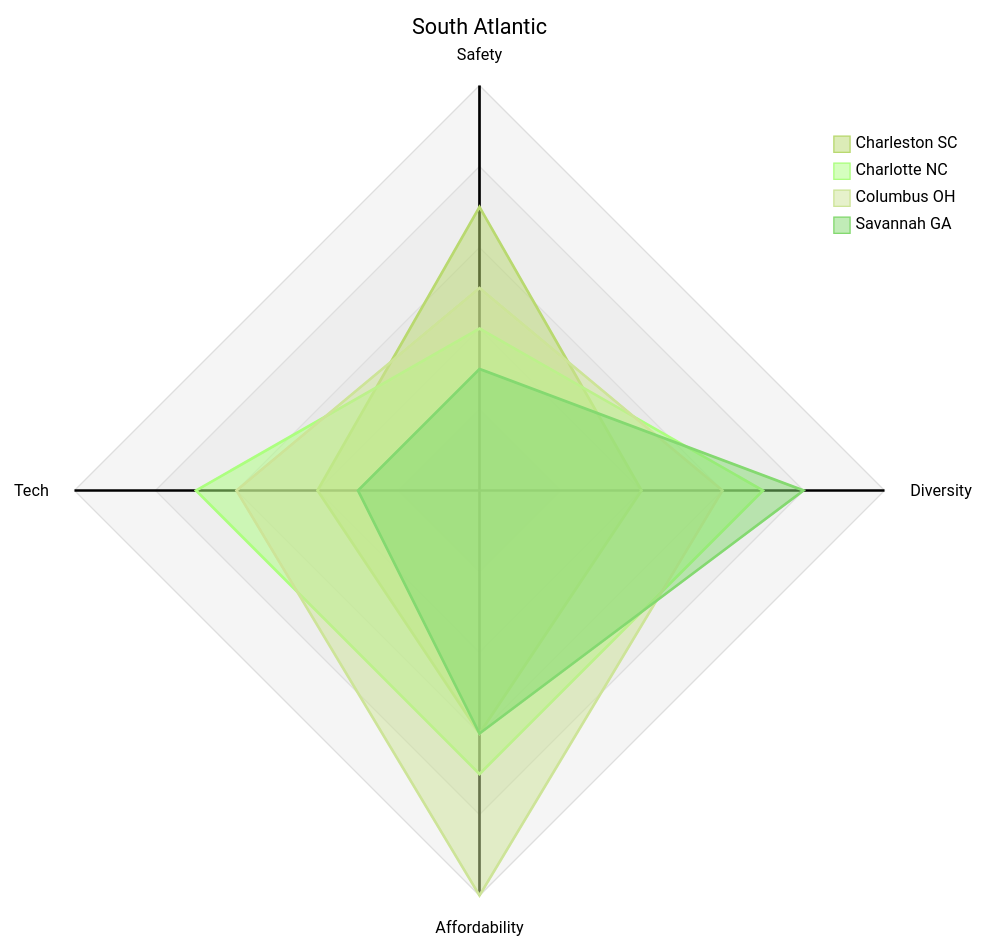
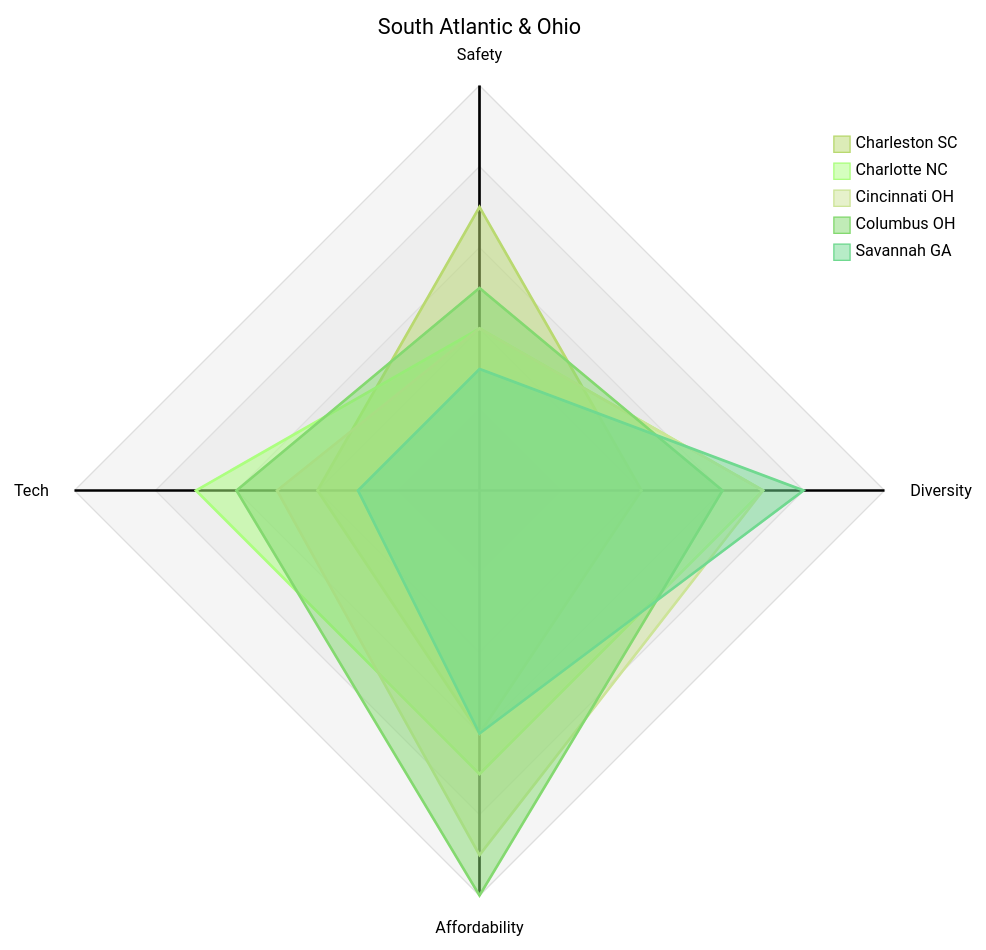
Before and after one commit to jimmydigital/jaredwatkins.com: the first of 5 diagrams in content/research/relocation/city-comparison.md, drawn with Mermaid (forest theme). The commit also changed other lines of this file and 74 other files, not shown here.

````diff
--- a/content/research/relocation/city-comparison.md
+++ b/content/research/relocation/city-comparison.md
@@ -29,14 +29,15 @@
 ```mermaid
 radar-beta
-  title South Atlantic
+  title South Atlantic & Ohio
   axis safety["Safety"], diversity["Diversity"], afford["Affordability"], tech["Tech"]
   curve chs["Charleston SC"]{7, 4, 6, 4}
   curve clt["Charlotte NC"]{4, 7, 7, 7}
+  curve cin["Cincinnati OH"]{4, 7, 9, 5}
   curve cmh["Columbus OH"]{5, 6, 10, 6}
   curve sav["Savannah GA"]{3, 8, 6, 3}
   max 10
   min 0
   showLegend true
   graticule polygon
   ticks 5
 ```
````
